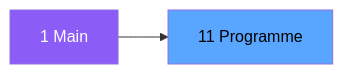
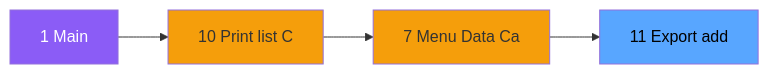
One commit to thonyAGP/magic-migration changed the second of 3 diagrams in .openspec/specs/ADH-IDE-11.md. Above: the diagram before and after it, drawn with Mermaid. The commit also changed other lines of this file and 323 other files, not shown here.

````diff
--- a/.openspec/specs/ADH-IDE-11.md
+++ b/.openspec/specs/ADH-IDE-11.md
@@ -100,8 +117,14 @@
 ```mermaid
 graph LR
     M[1 Main]
-    T[11 Programme]
-    M --> T
+    N10[10 Print list C]
+    N7[7 Menu Data Ca]
+    T[11 Export   add]
+    M --> N10
+    N10 --> N7
+    N7 --> T
     style M fill:#8b5cf6,color:#fff
+    style N10 fill:#f59e0b
+    style N7 fill:#f59e0b
     style T fill:#58a6ff,color:#000
 ```
````
